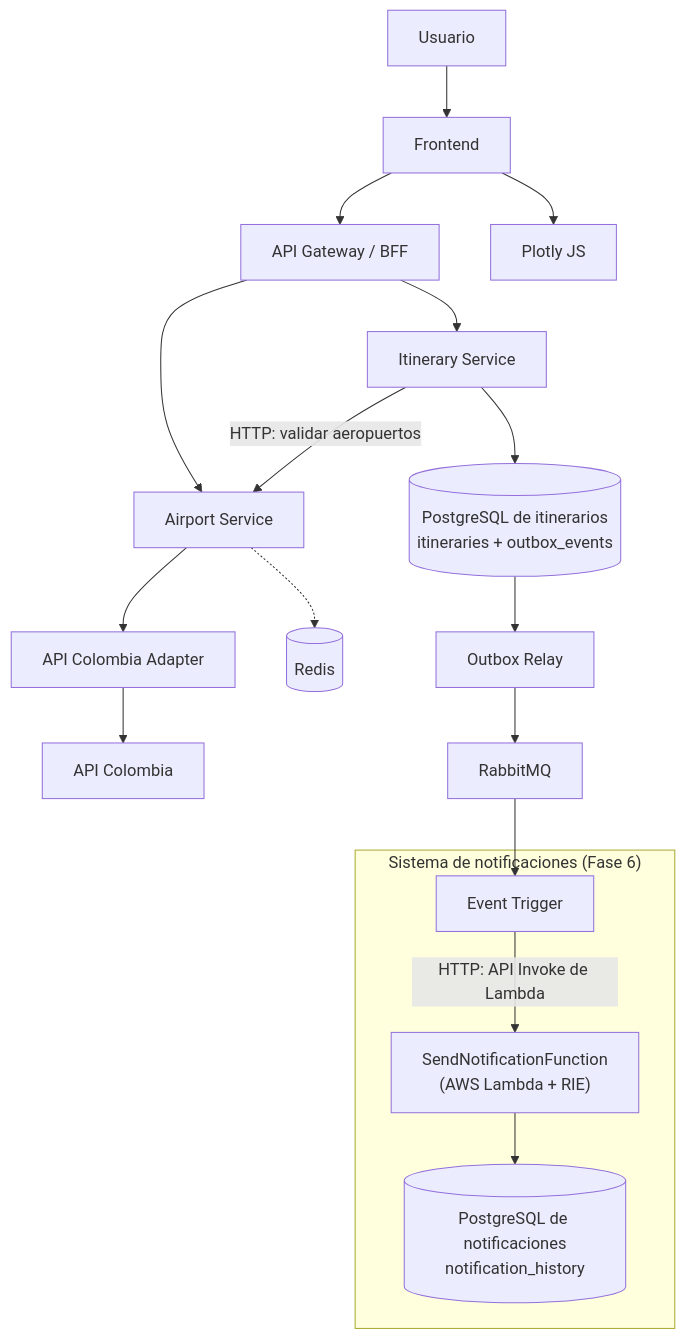
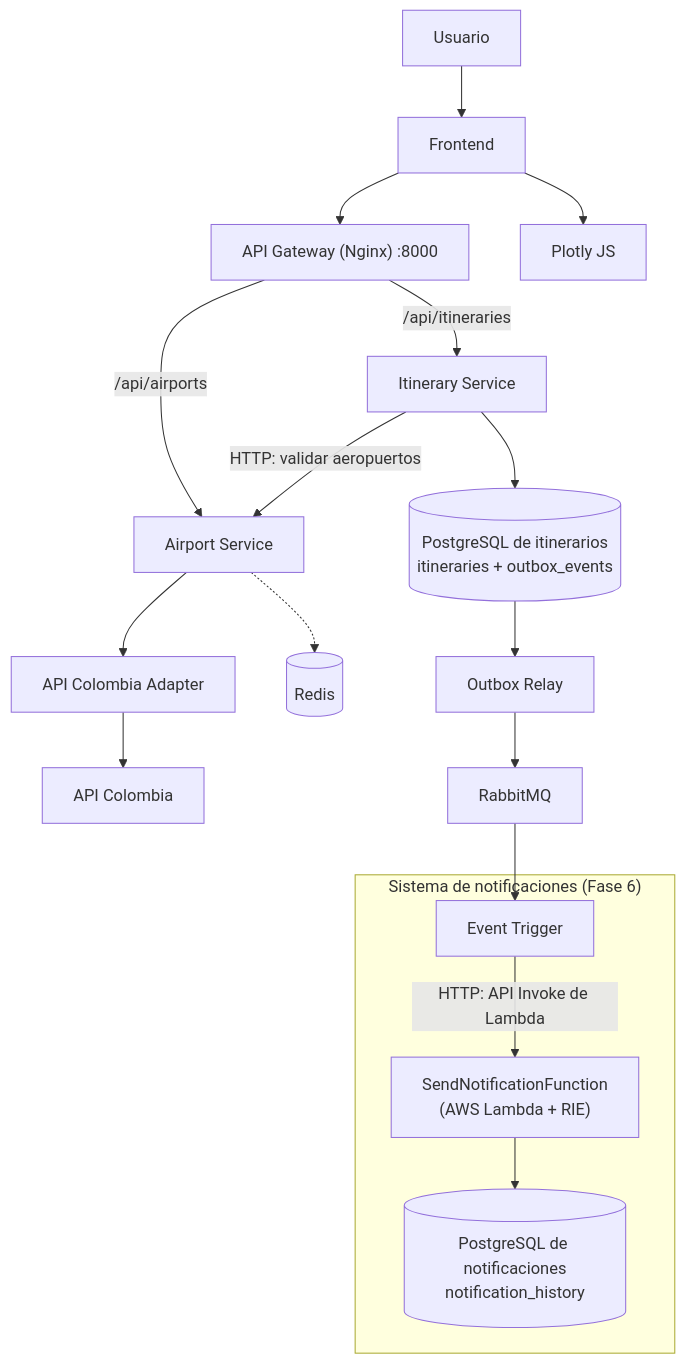
The first of 7 diagrams in docs/05-diagramas.md (JUANGR12192004/sistema-itinerarios-personales), drawn with Mermaid before and after one commit. The commit also changed other lines of this file and 10 other files, not shown here.

Commit message:
docs: documenta el API Gateway (diagramas, errores, orden de arranque y demostración de punta a punta)

````diff
--- a/docs/05-diagramas.md
+++ b/docs/05-diagramas.md
@@ -6,29 +6,29 @@
 ```mermaid
 flowchart TB
     U[Usuario] --> FE[Frontend]
-    FE --> GW[API Gateway / BFF]
+    FE --> GW["API Gateway (Nginx) :8000"]
 
-    GW --> AS[Airport Service]
-    GW --> IS[Itinerary Service]
+    GW -->|/api/airports| AS[Airport Service]
+    GW -->|/api/itineraries| IS[Itinerary Service]
 
     IS -->|HTTP: validar aeropuertos| AS
     AS --> AD[API Colombia Adapter]
     AD --> EXT[API Colombia]
 
     AS -.-> REDIS[(Redis)]
 
     IS --> DBI[(PostgreSQL de itinerarios<br/>itineraries + outbox_events)]
     DBI --> PUB[Outbox Relay]
     PUB --> RMQ[RabbitMQ]
 
     subgraph NS["Sistema de notificaciones (Fase 6)"]
         TR[Event Trigger]
         FN["SendNotificationFunction<br/>(AWS Lambda + RIE)"]
         NH[("PostgreSQL de notificaciones<br/>notification_history")]
         TR -->|"HTTP: API Invoke de Lambda"| FN
         FN --> NH
     end
     RMQ --> TR
 
     FE --> MAP[Plotly JS]
 ```
````
